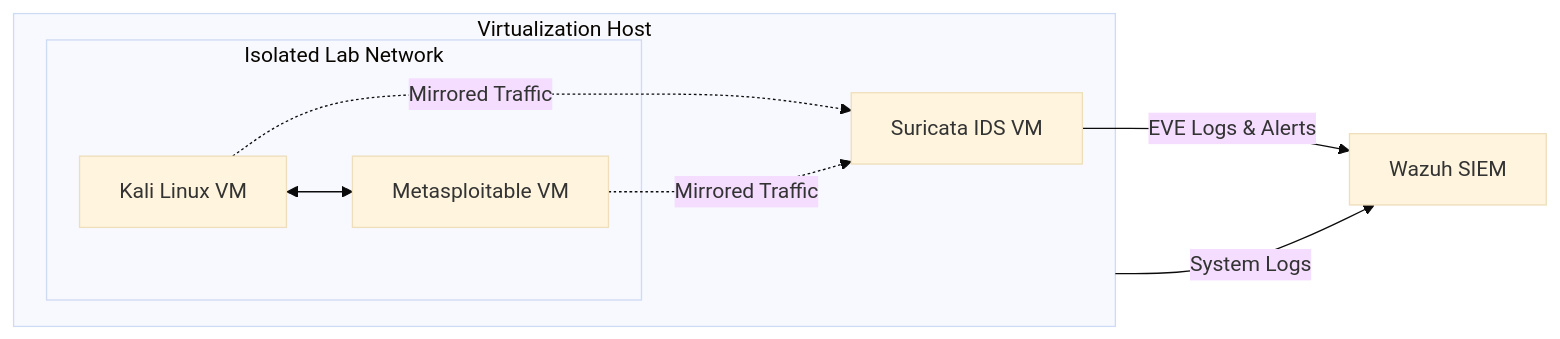
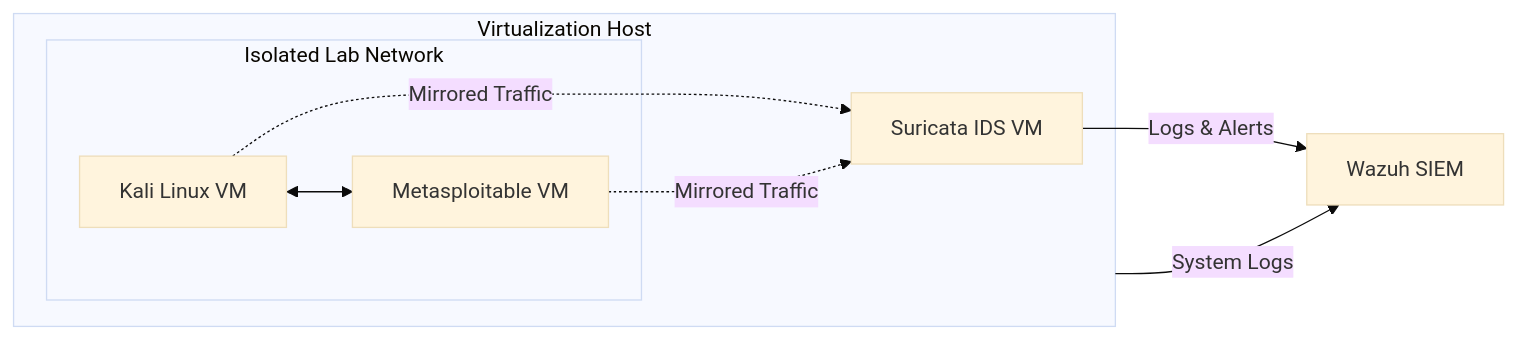
One commit to BrettPridemore/Cybersecurity-Home-Lab changed the diagram in README.md. Above: the diagram before and after it, drawn with Mermaid (base theme). The commit also changed other lines of this file, not shown here.

````diff
--- a/README.md
+++ b/README.md
@@ -29,22 +29,22 @@
 ```mermaid
 graph LR
  
 SIEM["Wazuh SIEM"]
  
 subgraph HOST["Virtualization Host"]
 subgraph LAB["Isolated Lab Network"]
 KALI["Kali Linux VM"]
 META["Metasploitable VM"]
 end
  
 IDS["Suricata IDS VM"]
  
 KALI <--> META
  
 KALI -. Mirrored Traffic .-> IDS
 META -. Mirrored Traffic .-> IDS
 end
  
-IDS -->|EVE Logs & Alerts| SIEM
+IDS -->|Logs & Alerts| SIEM
 HOST -->|System Logs| SIEM
 ```
````
